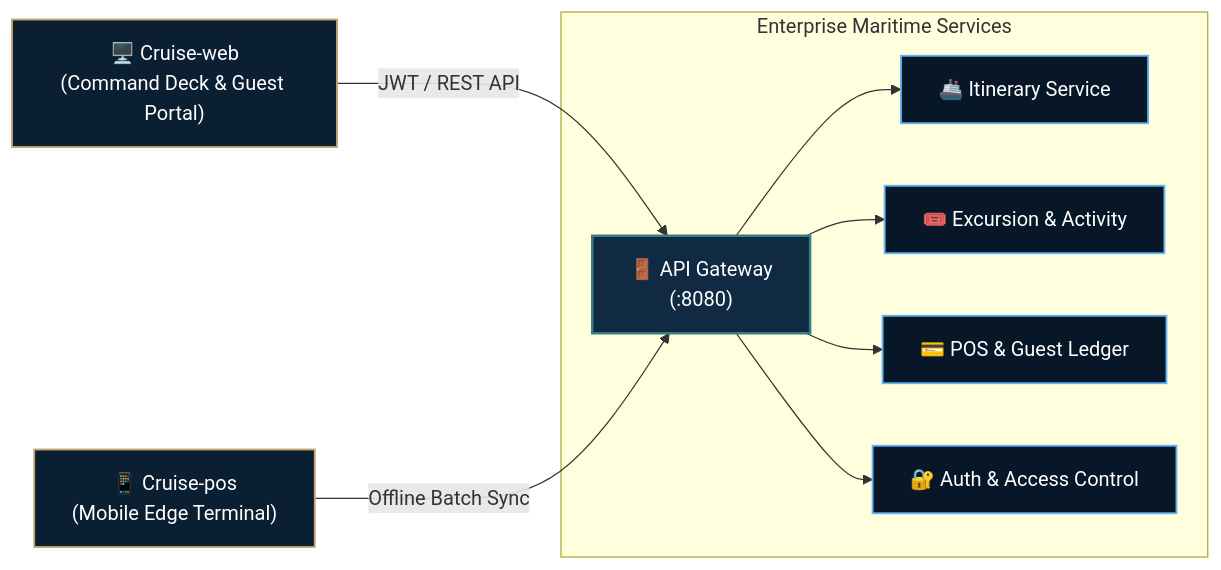
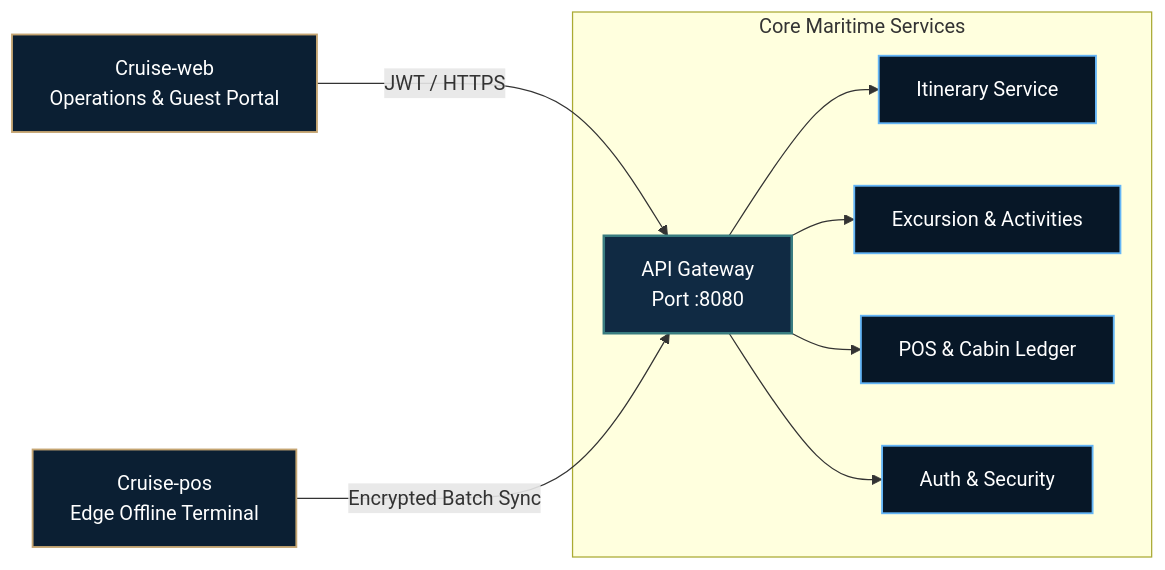
The diagram in profile/README.md (Cruise-JavaCLass/.github), drawn with Mermaid before and after one commit. The commit also changed other lines of this file and 1 other file, not shown here.

````diff
--- a/profile/README.md
+++ b/profile/README.md
@@ -105,21 +90,21 @@
 ```mermaid
 graph LR
     classDef client fill:#0B1F33,stroke:#C5A572,stroke-width:1.5px,color:#fff;
     classDef gateway fill:#102A43,stroke:#397C80,stroke-width:2px,color:#fff;
     classDef service fill:#071727,stroke:#64B5F6,stroke-width:1.5px,color:#fff;
 
-    WEB["🖥️ Cruise-web<br/>(Command Deck & Guest Portal)"]:::client
-    POS["📱 Cruise-pos<br/>(Mobile Edge Terminal)"]:::client
+    WEB["Cruise-web<br/>Operations & Guest Portal"]:::client
+    POS["Cruise-pos<br/>Edge Offline Terminal"]:::client
 
-    GW["🚪 API Gateway<br/>(:8080)"]:::gateway
+    GW["API Gateway<br/>Port :8080"]:::gateway
 
-    WEB -->|JWT / REST API| GW
-    POS -->|Offline Batch Sync| GW
+    WEB -->|JWT / HTTPS| GW
+    POS -->|Encrypted Batch Sync| GW
 
-    subgraph Core ["Enterprise Maritime Services"]
-        GW --> ITIN["🚢 Itinerary Service"]:::service
-        GW --> ACT["🎟️ Excursion & Activity"]:::service
-        GW --> POSS["💳 POS & Guest Ledger"]:::service
-        GW --> AUTH["🔐 Auth & Access Control"]:::service
+    subgraph Cluster ["Core Maritime Services"]
+        GW --> ITIN["Itinerary Service"]:::service
+        GW --> ACT["Excursion & Activities"]:::service
+        GW --> POSS["POS & Cabin Ledger"]:::service
+        GW --> AUTH["Auth & Security"]:::service
     end
 ```
````
